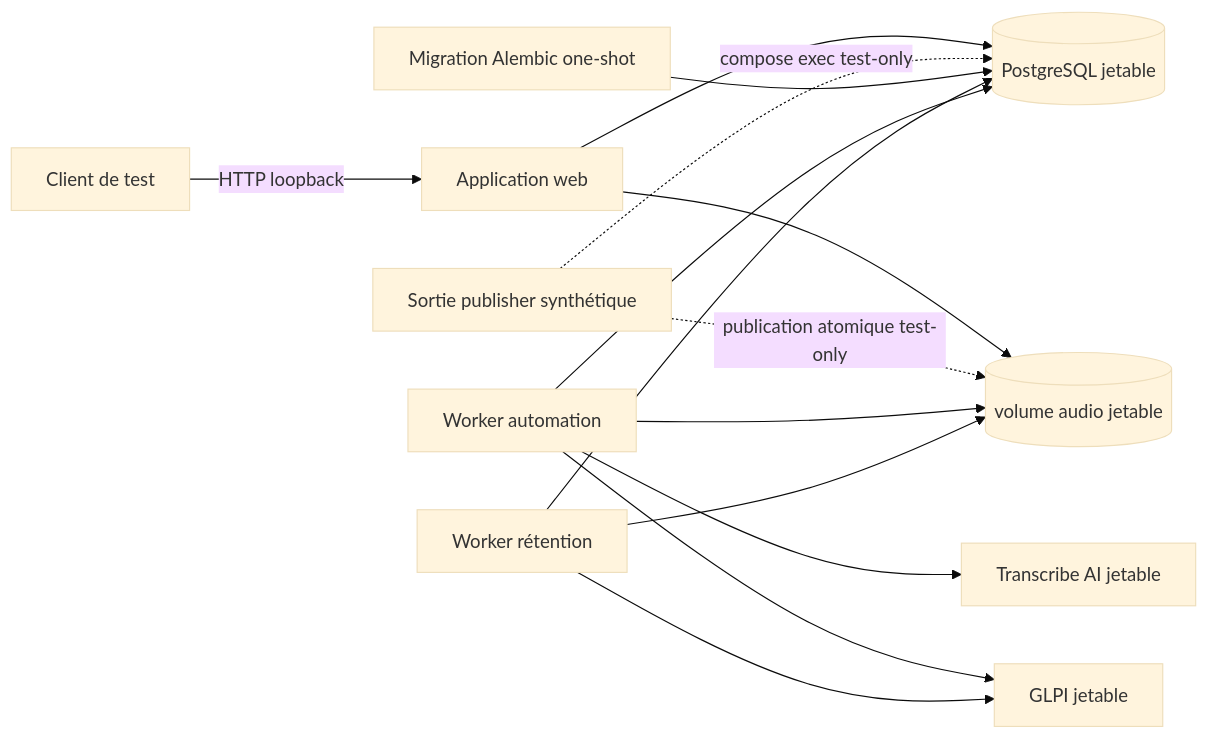
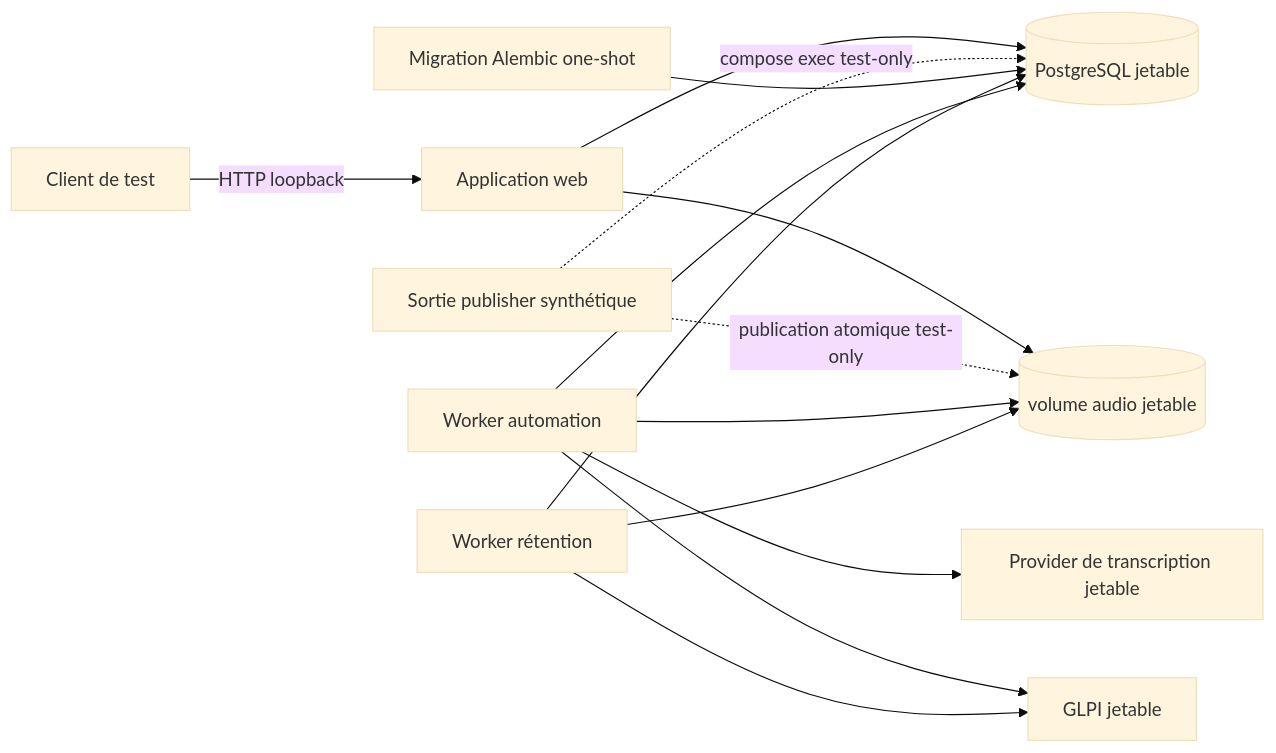
Before and after one commit to dev-vauclaire/mevo2glpi: the diagram in tests/e2e/README.md, drawn with Mermaid (base theme). The commit also changed other lines of this file and 6 other files, not shown here.

````diff
--- a/tests/e2e/README.md
+++ b/tests/e2e/README.md
@@ -9,19 +9,19 @@
 ```mermaid
 flowchart LR
     Client[Client de test] -->|HTTP loopback| Web[Application web]
     Web --> PostgreSQL[(PostgreSQL jetable)]
     Web --> Audio[(volume audio jetable)]
 
     Seed[Sortie publisher synthétique] -.->|compose exec test-only| PostgreSQL
     Seed -.->|publication atomique test-only| Audio
 
     Migration[Migration Alembic one-shot] --> PostgreSQL
     Automation[Worker automation] --> PostgreSQL
     Automation --> Audio
-    Automation --> Transcribe[Transcribe AI jetable]
+    Automation --> Transcribe[Provider de transcription jetable]
     Automation --> GLPI[GLPI jetable]
 
     Retention[Worker rétention] --> PostgreSQL
     Retention --> Audio
     Retention --> GLPI
 ```
````
